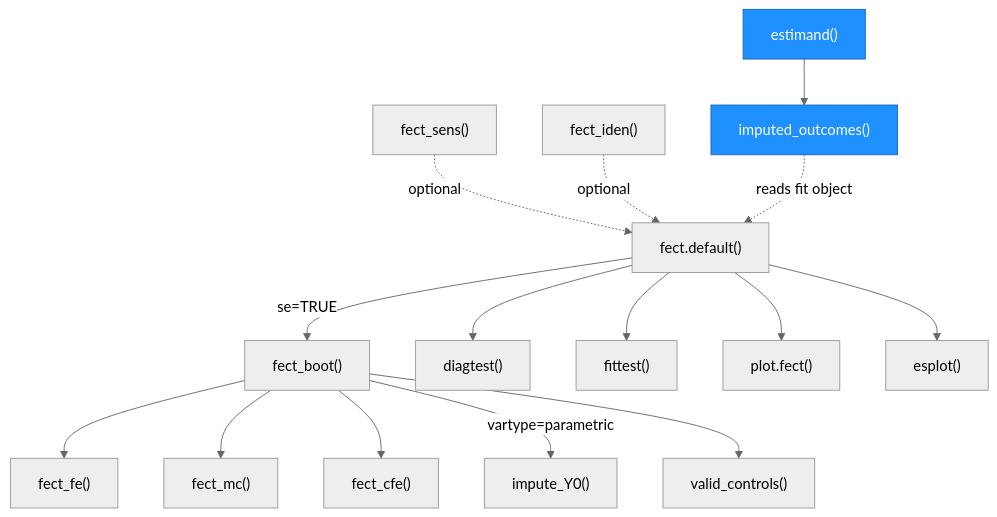
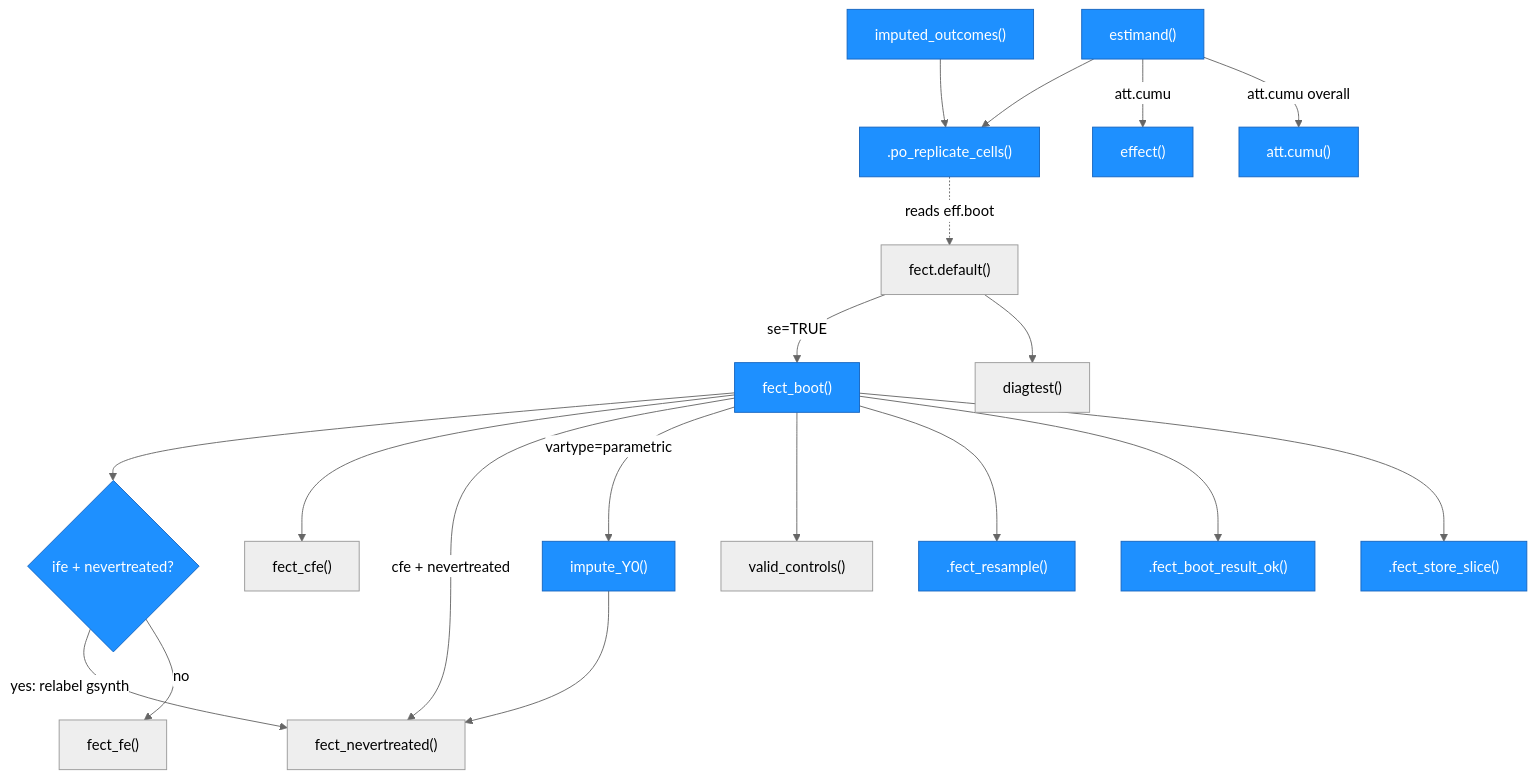
The third of 4 diagrams in ARCHITECTURE.md (xuyiqing/fect), drawn with Mermaid before and after one commit. The commit also changed other lines of this file, not shown here.

First line of the commit message:
docs: ARCHITECTURE.md for the 2.4.6 correctness fixes

````diff
--- a/ARCHITECTURE.md
+++ b/ARCHITECTURE.md
@@ -228,37 +273,52 @@
 ```mermaid
 %%{init: {'theme': 'neutral'}}%%
 graph TD
     F3["fect.default()"]
     B1["fect_boot()"]
+    BR{"ife + nevertreated?"}
     B2["impute_Y0()"]
     B3["valid_controls()"]
+    B4[".fect_resample()"]
+    B5[".fect_boot_result_ok()"]
+    B6[".fect_store_slice()"]
+    F5["fect_fe()"]
+    F7["fect_cfe()"]
+    F8["fect_nevertreated()"]
     D1["diagtest()"]
-    D2["fittest()"]
-    D3["fect_sens()"]
-    D4["fect_iden()"]
-    F5["fect_fe()"]
-    F6["fect_mc()"]
-    F7["fect_cfe()"]
-    PL["plot.fect()"]
-    ES["esplot()"]
     PE1["estimand()"]
     PE2["imputed_outcomes()"]
+    PE3[".po_replicate_cells()"]
+    EF["effect()"]
+    AC["att.cumu()"]
 
+    style B1 fill:#1e90ff,stroke:#1565c0,color:#fff
+    style BR fill:#1e90ff,stroke:#1565c0,color:#fff
+    style B2 fill:#1e90ff,stroke:#1565c0,color:#fff
+    style B4 fill:#1e90ff,stroke:#1565c0,color:#fff
+    style B5 fill:#1e90ff,stroke:#1565c0,color:#fff
+    style B6 fill:#1e90ff,stroke:#1565c0,color:#fff
     style PE1 fill:#1e90ff,stroke:#1565c0,color:#fff
     style PE2 fill:#1e90ff,stroke:#1565c0,color:#fff
+    style PE3 fill:#1e90ff,stroke:#1565c0,color:#fff
+    style EF fill:#1e90ff,stroke:#1565c0,color:#fff
+    style AC fill:#1e90ff,stroke:#1565c0,color:#fff
 
     F3 -->|"se=TRUE"| B1
     F3 --> D1
-    F3 --> D2
-    B1 --> F5
-    B1 --> F6
+    B1 --> BR
+    BR -->|"yes: relabel gsynth"| F8
+    BR -->|"no"| F5
     B1 --> F7
+    B1 -->|"cfe + nevertreated"| F8
     B1 -->|"vartype=parametric"| B2
+    B2 --> F8
     B1 --> B3
-    F3 --> PL
-    F3 --> ES
-    D3 -.->|"optional"| F3
-    D4 -.->|"optional"| F3
-    PE1 --> PE2
-    PE2 -.->|"reads fit object"| F3
+    B1 --> B4
+    B1 --> B5
+    B1 --> B6
+    PE1 --> PE3
+    PE2 --> PE3
+    PE1 -->|"att.cumu"| EF
+    PE1 -->|"att.cumu overall"| AC
+    PE3 -.->|"reads eff.boot"| F3
 ```
````
